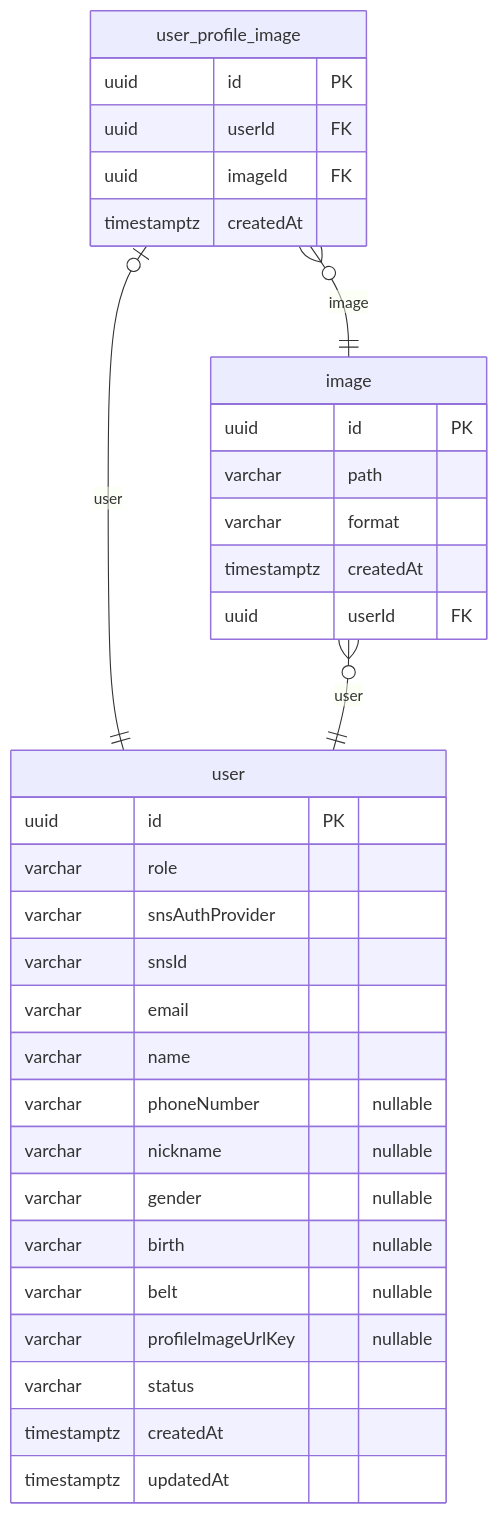
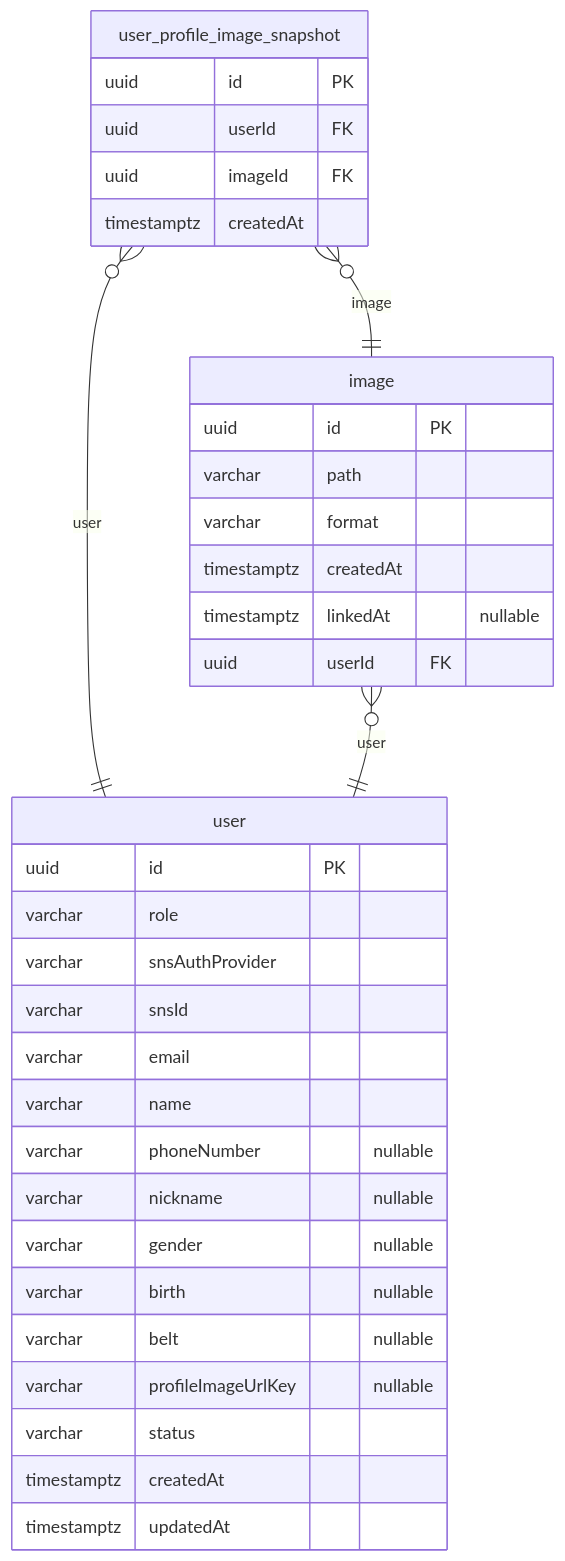
Before and after one commit to NAJUHA-JIUJITSU/najuha-v2-be: the fifth of 5 diagrams in docs/najiha-v2-erd.md, drawn with Mermaid. The commit also changed other lines of this file and 5 other files, not shown here.

Commit message:
NJH-400 fix: user, user_profile_image_snpashot 연관관계 수정

````diff
--- a/docs/najiha-v2-erd.md
+++ b/docs/najiha-v2-erd.md
@@ -802,36 +802,37 @@
 ```mermaid
 erDiagram
-  user_profile_image {
+  user_profile_image_snapshot {
     uuid id PK
     uuid userId FK
     uuid imageId FK
     timestamptz createdAt
   }
   image {
     uuid id PK
     varchar path
     varchar format
     timestamptz createdAt
+    timestamptz linkedAt "nullable"
     uuid userId FK
   }
   user {
     uuid id PK
     varchar role
     varchar snsAuthProvider
     varchar snsId
     varchar email
     varchar name
     varchar phoneNumber "nullable"
     varchar nickname "nullable"
     varchar gender "nullable"
     varchar birth "nullable"
     varchar belt "nullable"
     varchar profileImageUrlKey "nullable"
     varchar status
     timestamptz createdAt
     timestamptz updatedAt
   }
-  user_profile_image |o--|| user: user
-  user_profile_image }o--|| image: image
+  user_profile_image_snapshot }o--|| user: user
+  user_profile_image_snapshot }o--|| image: image
   image }o--|| user: user
 ```
````
